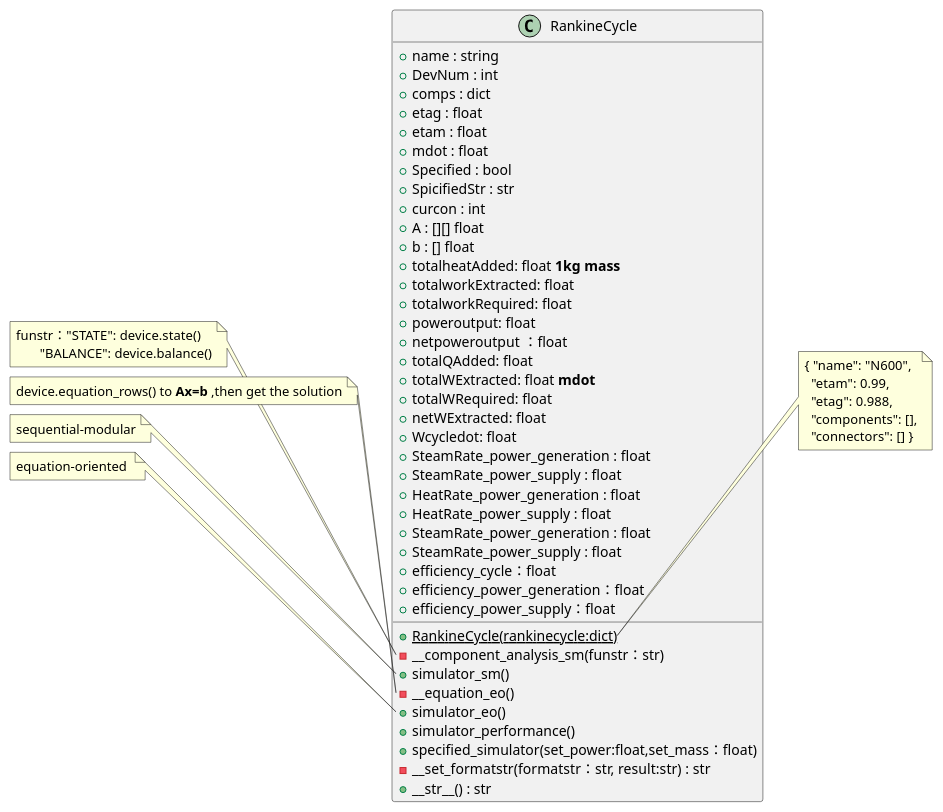
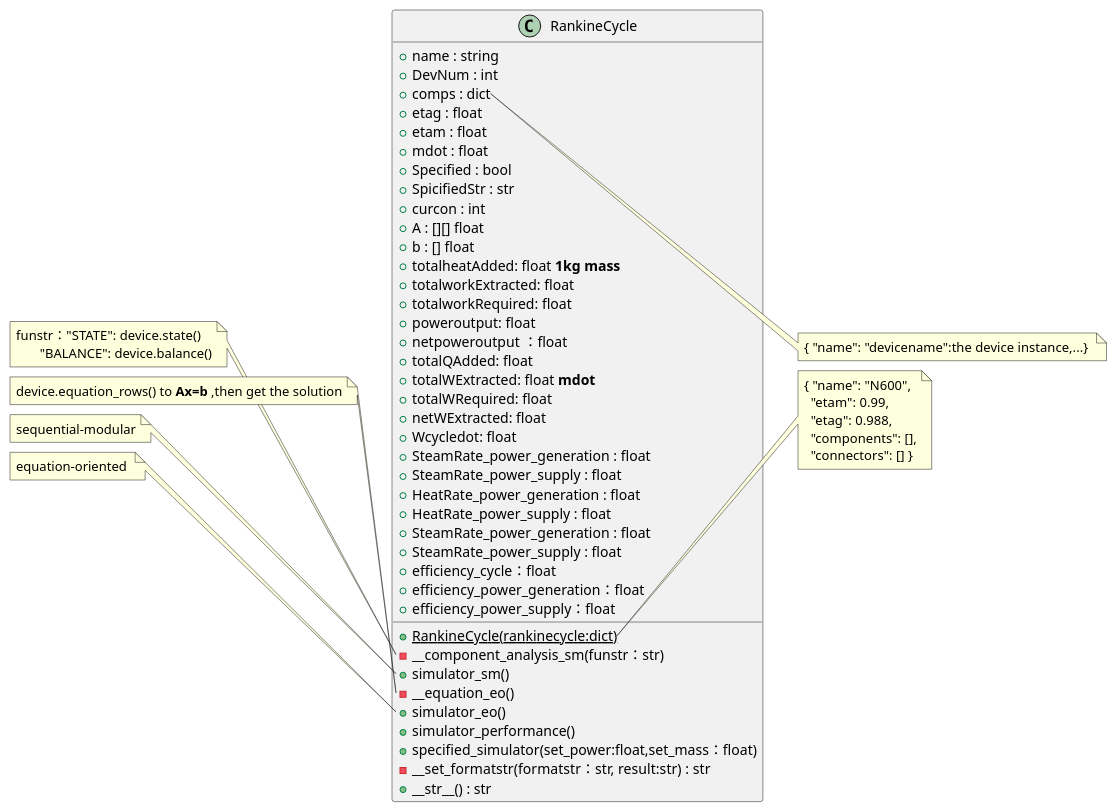
One commit to thermalogic/PyRankine changed the diagram in uml/RankineCycle.puml. Above: the diagram before and after it, drawn with PlantUML.

Commit message:
update uml

```diff
--- a/uml/RankineCycle.puml
+++ b/uml/RankineCycle.puml
@@ -1,63 +1,66 @@
 @startuml
 class RankineCycle{
     + name : string 
     + DevNum : int
     + comps : dict
     + etag : float
     + etam : float
     + mdot : float 
     + Specified : bool
     + SpicifiedStr : str
     + curcon : int 
     + A : [][] float 
     + b : [] float
     + totalheatAdded: float **1kg mass**
     + totalworkExtracted: float
     + totalworkRequired: float
     + poweroutput: float
     + netpoweroutput ：float
     + totalQAdded: float
     + totalWExtracted: float **mdot**
     + totalWRequired: float
     + netWExtracted: float
     + Wcycledot: float
     + SteamRate_power_generation : float  
     + SteamRate_power_supply : float
     + HeatRate_power_generation : float  
     + HeatRate_power_supply : float
     + SteamRate_power_generation : float  
     + SteamRate_power_supply : float
     + efficiency_cycle：float
     + efficiency_power_generation：float
     + efficiency_power_supply：float
     + {static} RankineCycle(rankinecycle:dict)
     - __component_analysis_sm(funstr：str)
     + simulator_sm()
     - __equation_eo()
     + simulator_eo()
     + simulator_performance()
     + specified_simulator(set_power:float,set_mass：float)
     - __set_formatstr(formatstr：str, result:str) : str
     +__str__() : str
 }
 note left of RankineCycle::component_analysis_sm
    funstr："STATE": device.state()
           "BALANCE": device.balance()
 end note
 note left of RankineCycle::equation_eo
    device.equation_rows() to **Ax=b** ,then get the solution
 end note
 note left of RankineCycle::simulator_sm
    sequential-modular
 end note
 note left of RankineCycle::simulator_eo
     equation-oriented 
 end note
+note right of RankineCycle::comps
+  { "name": "devicename":the device instance,...} 
+end note
 note right of RankineCycle::RankineCycle
   { "name": "N600",
     "etam": 0.99,
     "etag": 0.988,
     "components": [],
     "connectors": [] } 
 end note
 @enduml
```
